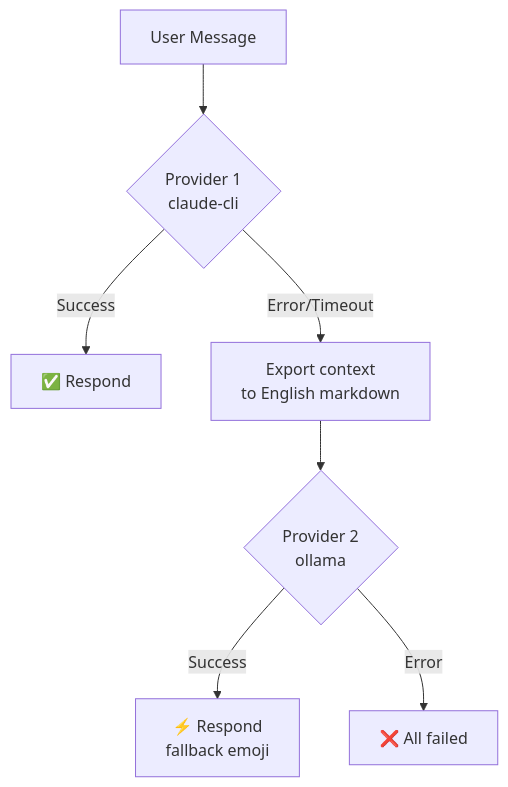
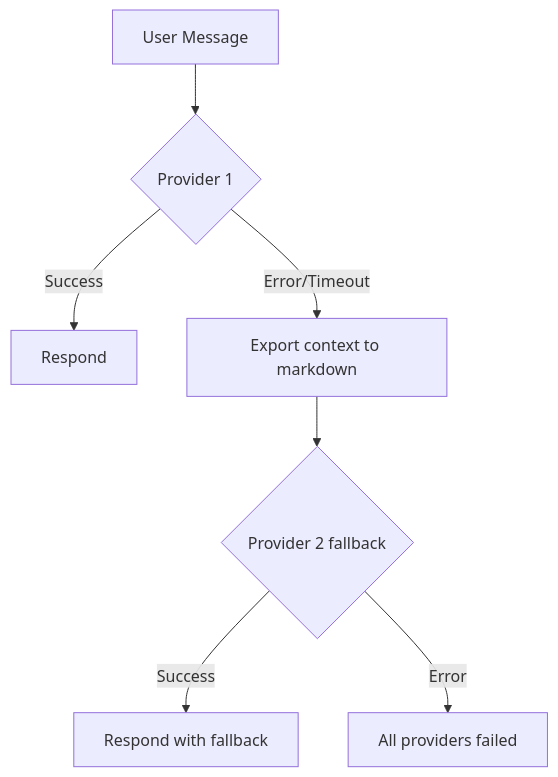
Before and after one commit to tackish/pigeon-claw: the third of 3 diagrams in README.md, drawn with Mermaid. The commit also changed other lines of this file and 1 other file, not shown here.

Commit message:
update some issues

````diff
--- a/README.md
+++ b/README.md
@@ -421,9 +421,9 @@
 ```mermaid
 flowchart TD
-    MSG[User Message] --> P1{Provider 1\nclaude-cli}
-    P1 -->|Success| DONE[✅ Respond]
-    P1 -->|Error/Timeout| EXPORT[Export context\nto English markdown]
-    EXPORT --> P2{Provider 2\nollama}
-    P2 -->|Success| DONE2[⚡ Respond\nfallback emoji]
-    P2 -->|Error| FAIL[❌ All failed]
+    MSG[User Message] --> P1{Provider 1}
+    P1 -->|Success| DONE[Respond]
+    P1 -->|Error/Timeout| EXPORT[Export context to markdown]
+    EXPORT --> P2{Provider 2 fallback}
+    P2 -->|Success| DONE2[Respond with fallback]
+    P2 -->|Error| FAIL[All providers failed]
 ```
````
